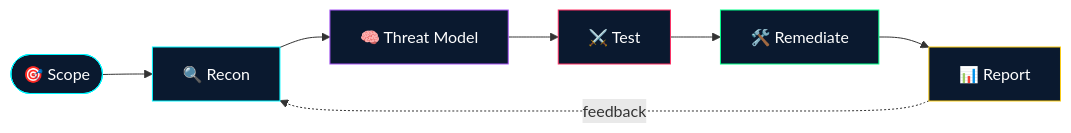
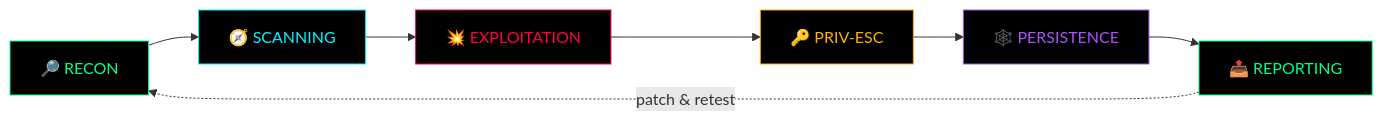
The diagram in README.md (SarfarazAbbas3/SarfarazAbbas3), drawn with Mermaid before and after one commit. The commit also changed other lines of this file, not shown here.

````diff
--- a/README.md
+++ b/README.md
@@ -127,15 +76,15 @@
 ```mermaid
 flowchart LR
-    A([🎯 Scope]) --> B[🔍 Recon]
-    B --> C[🧠 Threat Model]
-    C --> D[⚔️ Test]
-    D --> E[🛠️ Remediate]
-    E --> F[📊 Report]
-    F -. feedback .-> B
-    style A fill:#0A192F,stroke:#00F7FF,color:#fff
-    style B fill:#0A192F,stroke:#00F7FF,color:#fff
-    style C fill:#0A192F,stroke:#a855f7,color:#fff
-    style D fill:#0A192F,stroke:#ff2e63,color:#fff
-    style E fill:#0A192F,stroke:#00ff88,color:#fff
-    style F fill:#0A192F,stroke:#facc15,color:#fff
+    A[🔎 RECON] --> B[🧭 SCANNING]
+    B --> C[💥 EXPLOITATION]
+    C --> D[🔑 PRIV-ESC]
+    D --> E[🕸️ PERSISTENCE]
+    E --> F[📤 REPORTING]
+    F -. patch & retest .-> A
+    style A fill:#000,stroke:#00ff88,color:#00ff88
+    style B fill:#000,stroke:#00F7FF,color:#00F7FF
+    style C fill:#000,stroke:#ff0040,color:#ff0040
+    style D fill:#000,stroke:#ffae00,color:#ffae00
+    style E fill:#000,stroke:#a855f7,color:#a855f7
+    style F fill:#000,stroke:#00ff88,color:#00ff88
 ```
````
